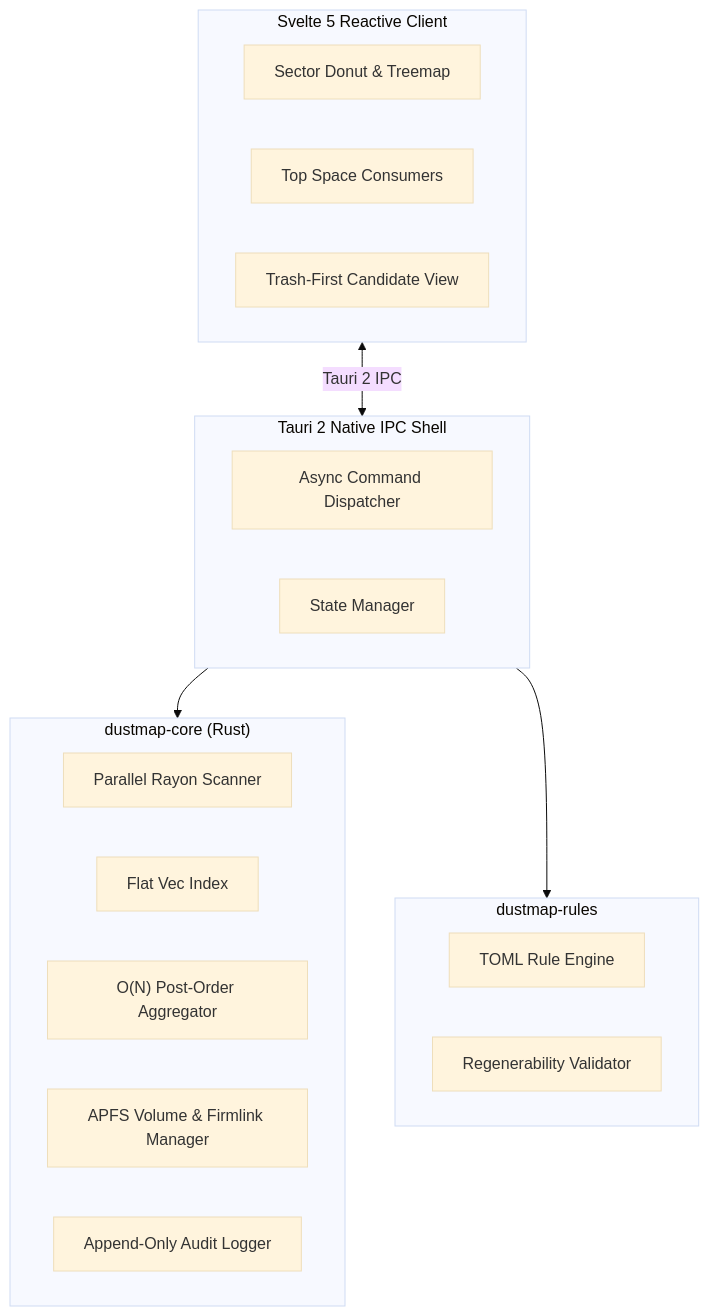
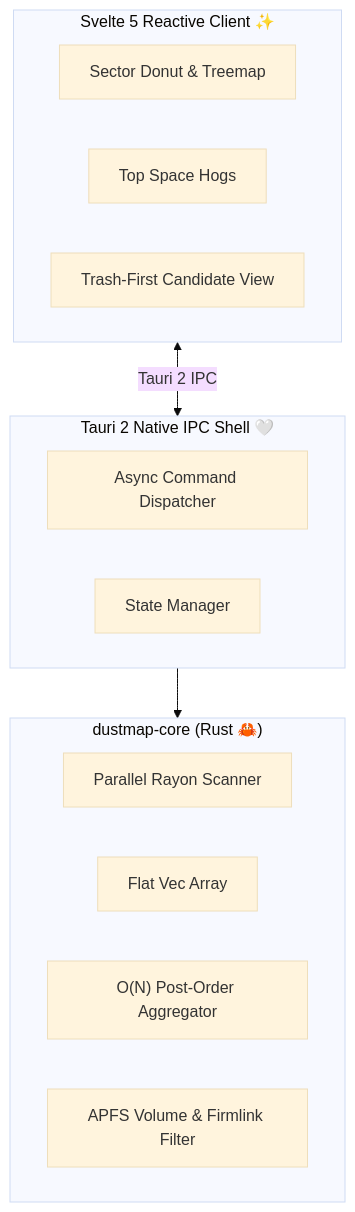
One commit to abhiudayg/abhiudayg changed the diagram in src/content/blog/dustmap-disk-space-visualizer-rust-tauri.md. Above: the diagram before and after it, drawn with Mermaid (base theme). The commit also changed other lines of this file and 12 other files, not shown here.

````diff
--- a/src/content/blog/dustmap-disk-space-visualizer-rust-tauri.md
+++ b/src/content/blog/dustmap-disk-space-visualizer-rust-tauri.md
@@ -27,30 +35,23 @@
 ```mermaid
 flowchart TB
-  subgraph frontend["Svelte 5 Reactive Client"]
+  subgraph frontend["Svelte 5 Reactive Client ✨"]
     donut["Sector Donut & Treemap"]
-    toplist["Top Space Consumers"]
+    toplist["Top Space Hogs"]
     cleanup["Trash-First Candidate View"]
   end
 
-  subgraph tauri["Tauri 2 Native IPC Shell"]
+  subgraph tauri["Tauri 2 Native IPC Shell 🤍"]
     dispatcher["Async Command Dispatcher"]
     store["State Manager"]
   end
 
-  subgraph core["dustmap-core (Rust)"]
+  subgraph core["dustmap-core (Rust 🦀)"]
     scanner["Parallel Rayon Scanner"]
-    index["Flat Vec<Entry> Index"]
+    index["Flat Vec<Entry> Array"]
     aggregator["O(N) Post-Order Aggregator"]
-    apfs["APFS Volume & Firmlink Manager"]
-    audit["Append-Only Audit Logger"]
-  end
-
-  subgraph rules["dustmap-rules"]
-    toml["TOML Rule Engine"]
-    validator["Regenerability Validator"]
+    apfs["APFS Volume & Firmlink Filter"]
   end
 
   frontend <-->|Tauri 2 IPC| tauri
   tauri --> core
-  tauri --> rules
 ```
````
